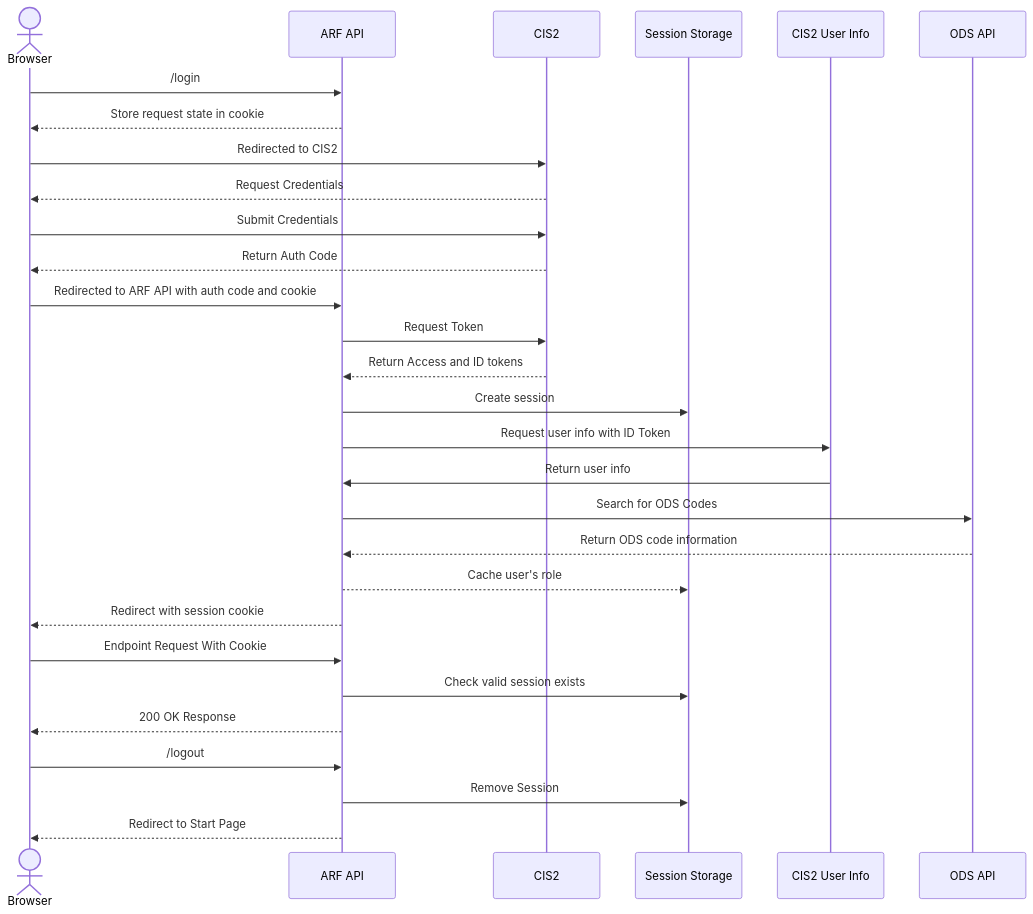
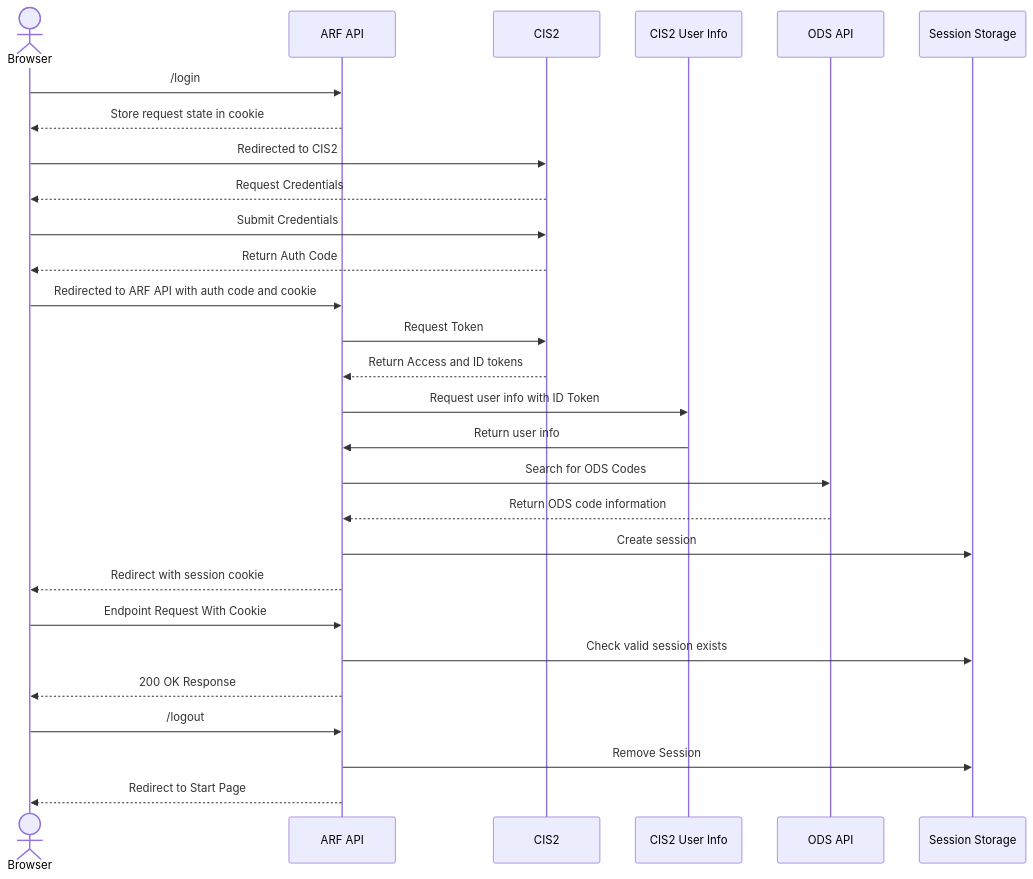
Before and after one commit to nhsconnect/document-store-prototype: the second of 3 diagrams in docs/diagrams/sequence/auth.md, drawn with Mermaid.

Commit message:
[PRMT-3456] update auth flow diagram

````diff
--- a/docs/diagrams/sequence/auth.md
+++ b/docs/diagrams/sequence/auth.md
@@ -39,26 +39,25 @@
 ```mermaid
 sequenceDiagram
     actor Browser
     Browser ->> ARF API : /login
     ARF API -->> Browser: Store request state in cookie
     Browser ->> CIS2 : Redirected to CIS2
     CIS2 -->> Browser  : Request Credentials
     Browser ->> CIS2 : Submit Credentials
     CIS2 -->> Browser : Return Auth Code
     Browser ->> ARF API: Redirected to ARF API with auth code and cookie 
     ARF API ->> CIS2 : Request Token
     CIS2 -->> ARF API : Return Access and ID tokens
-    ARF API ->> Session Storage : Create session
     ARF API ->> CIS2 User Info : Request user info with ID Token
     CIS2 User Info ->> ARF API : Return user info
     ARF API ->> ODS API : Search for ODS Codes
     ODS API -->> ARF API : Return ODS code information
-    ARF API -->> Session Storage : Cache user's role 
+    ARF API ->> Session Storage : Create session
     ARF API -->> Browser : Redirect with session cookie
     Browser ->> ARF API : Endpoint Request With Cookie
     ARF API ->> Session Storage : Check valid session exists
     ARF API -->> Browser : 200 OK Response
     Browser ->> ARF API : /logout
     ARF API ->> Session Storage : Remove Session
     ARF API -->> Browser : Redirect to Start Page
 ```
````
